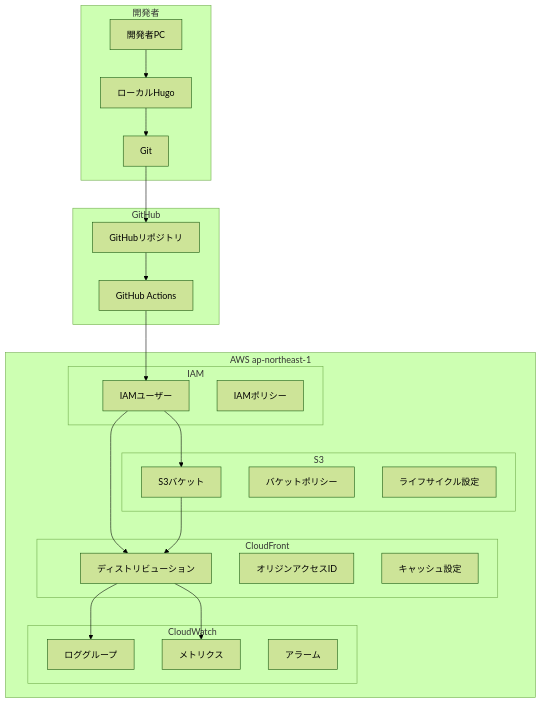
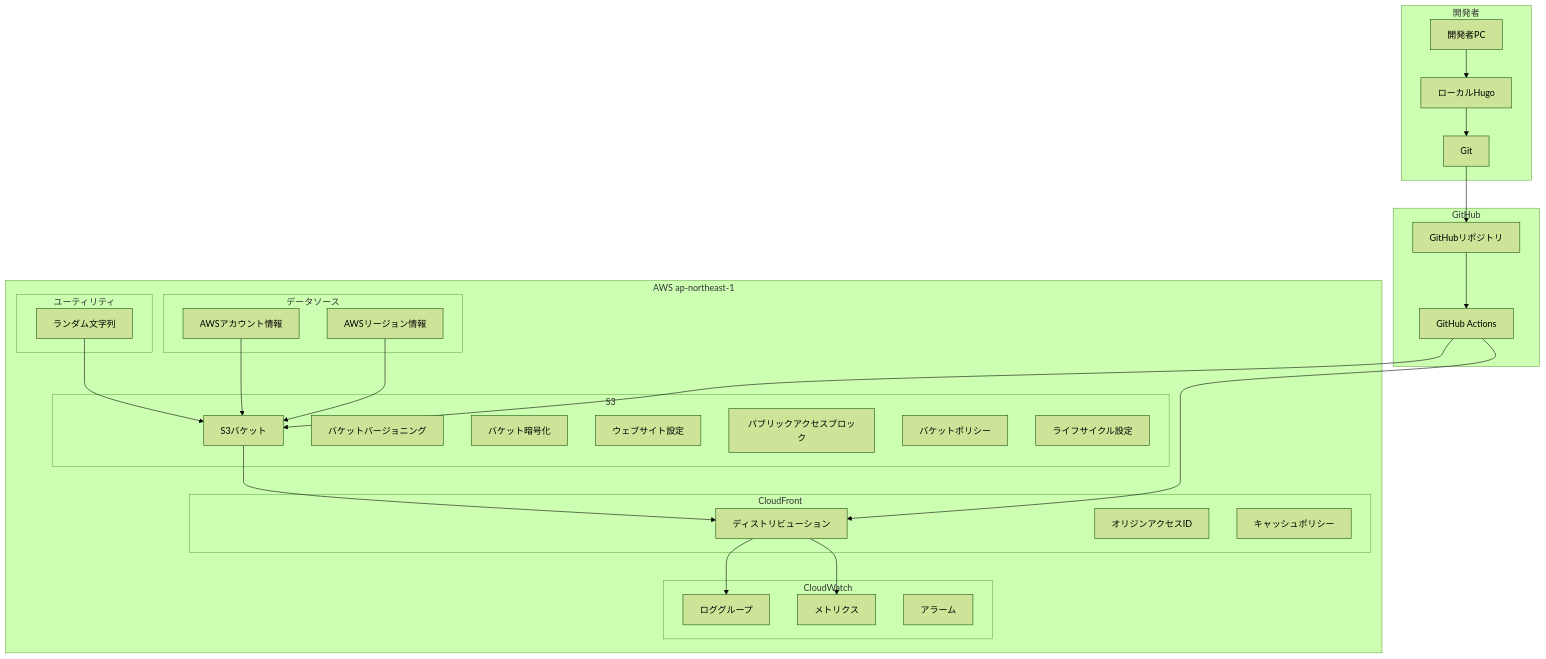
The diagram in doc/design/インフラ設計書.md (kazukifukuyama14/techblog-staging), drawn with Mermaid (forest theme) before and after one commit. The commit also changed other lines of this file and 8 other files, not shown here.

````diff
--- a/doc/design/インフラ設計書.md
+++ b/doc/design/インフラ設計書.md
@@ -27,44 +27,54 @@
 ```mermaid
 graph TB
     subgraph "開発者"
         A[開発者PC] --> B[ローカルHugo]
         B --> C[Git]
     end
 
     subgraph "GitHub"
         C --> D[GitHubリポジトリ]
         D --> E[GitHub Actions]
     end
 
     subgraph "AWS ap-northeast-1"
-        subgraph "IAM"
-            F[IAMユーザー]
-            G[IAMポリシー]
+        subgraph "データソース"
+            DS1[AWSアカウント情報]
+            DS2[AWSリージョン情報]
+        end
+
+        subgraph "ユーティリティ"
+            U1[ランダム文字列]
         end
 
         subgraph "S3"
             H[S3バケット]
-            I[バケットポリシー]
-            J[ライフサイクル設定]
+            H1[バケットバージョニング]
+            H2[バケット暗号化]
+            H3[ウェブサイト設定]
+            H4[パブリックアクセスブロック]
+            H5[バケットポリシー]
+            H6[ライフサイクル設定]
         end
 
         subgraph "CloudFront"
             K[ディストリビューション]
             L[オリジンアクセスID]
-            M[キャッシュ設定]
+            M[キャッシュポリシー]
         end
 
         subgraph "CloudWatch"
             N[ロググループ]
             O[メトリクス]
             P[アラーム]
         end
     end
 
-    E --> F
-    F --> H
-    F --> K
+    DS1 --> H
+    DS2 --> H
+    U1 --> H
+    E --> H
+    E --> K
     H --> K
     K --> N
     K --> O
 ```
````
